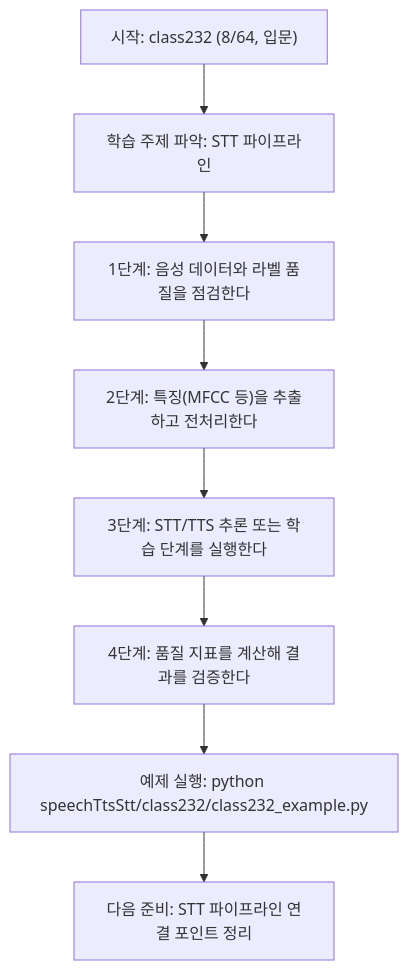
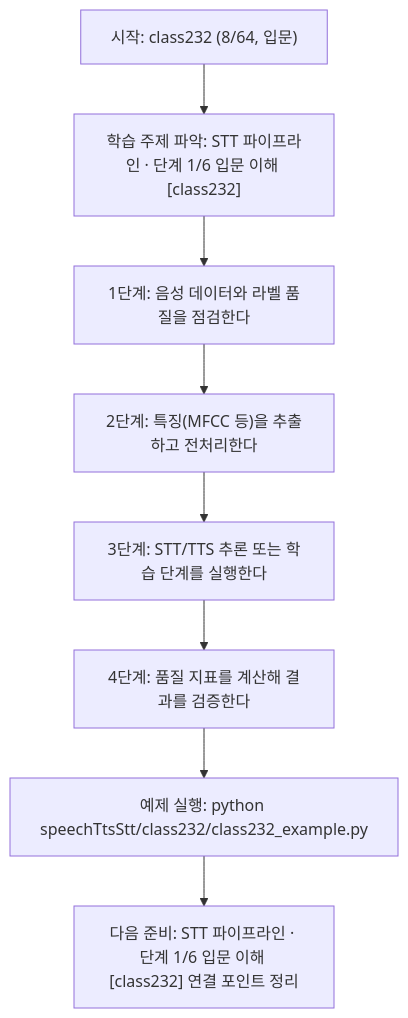
One commit to edumgt/Python-AI_Agent-Class changed the diagram in speechTtsStt/class232/class232.md. Above: the diagram before and after it, drawn with Mermaid. The commit also changed other lines of this file and 522 other files, not shown here.

````diff
--- a/speechTtsStt/class232/class232.md
+++ b/speechTtsStt/class232/class232.md
@@ -112,18 +113,18 @@
 ```mermaid
 flowchart TD
 N1["시작: class232 (8/64, 입문)"]
-N2["학습 주제 파악: STT 파이프라인"]
+N2["학습 주제 파악: STT 파이프라인 · 단계 1/6 입문 이해 [class232]"]
 N3["1단계: 음성 데이터와 라벨 품질을 점검한다"]
 N4["2단계: 특징(MFCC 등)을 추출하고 전처리한다"]
 N5["3단계: STT/TTS 추론 또는 학습 단계를 실행한다"]
 N6["4단계: 품질 지표를 계산해 결과를 검증한다"]
 N7["예제 실행: python speechTtsStt/class232/class232_example.py"]
-N8["다음 준비: STT 파이프라인 연결 포인트 정리"]
+N8["다음 준비: STT 파이프라인 · 단계 1/6 입문 이해 [class232] 연결 포인트 정리"]
 N1 --> N2
 N2 --> N3
 N3 --> N4
 N4 --> N5
 N5 --> N6
 N6 --> N7
 N7 --> N8
 ```
````
